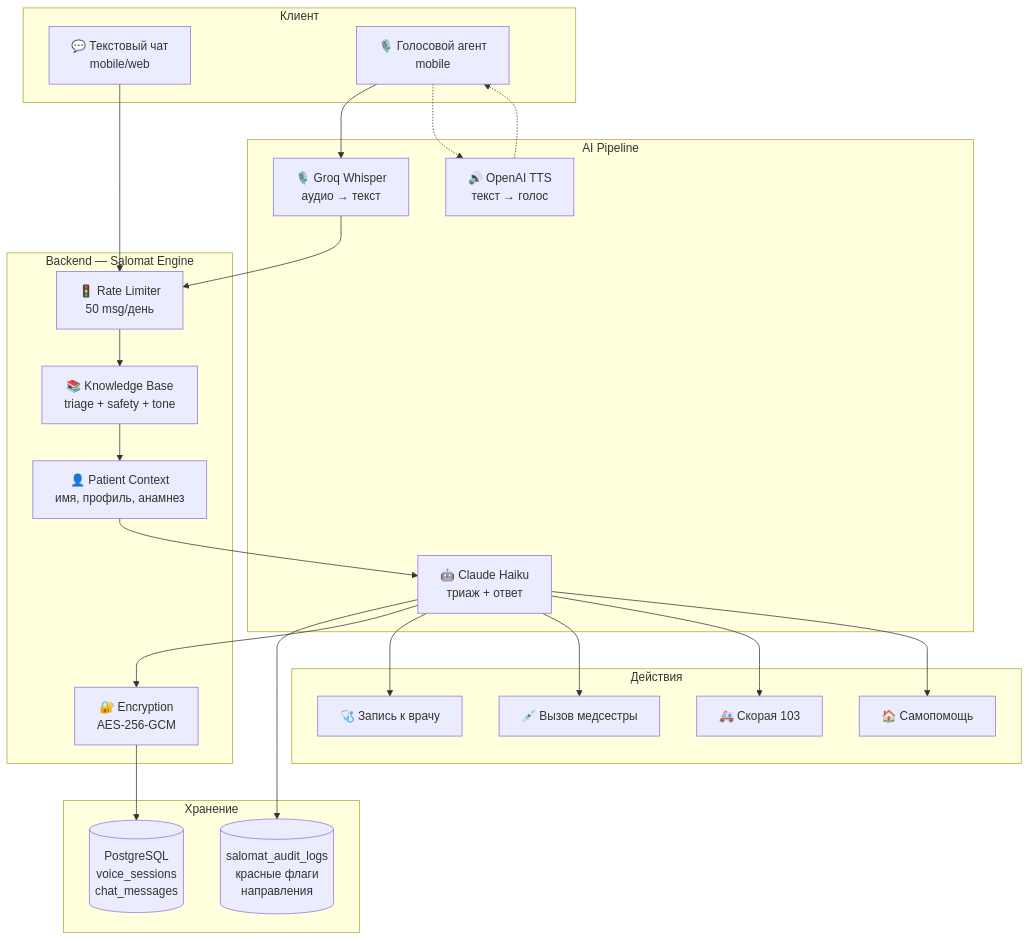
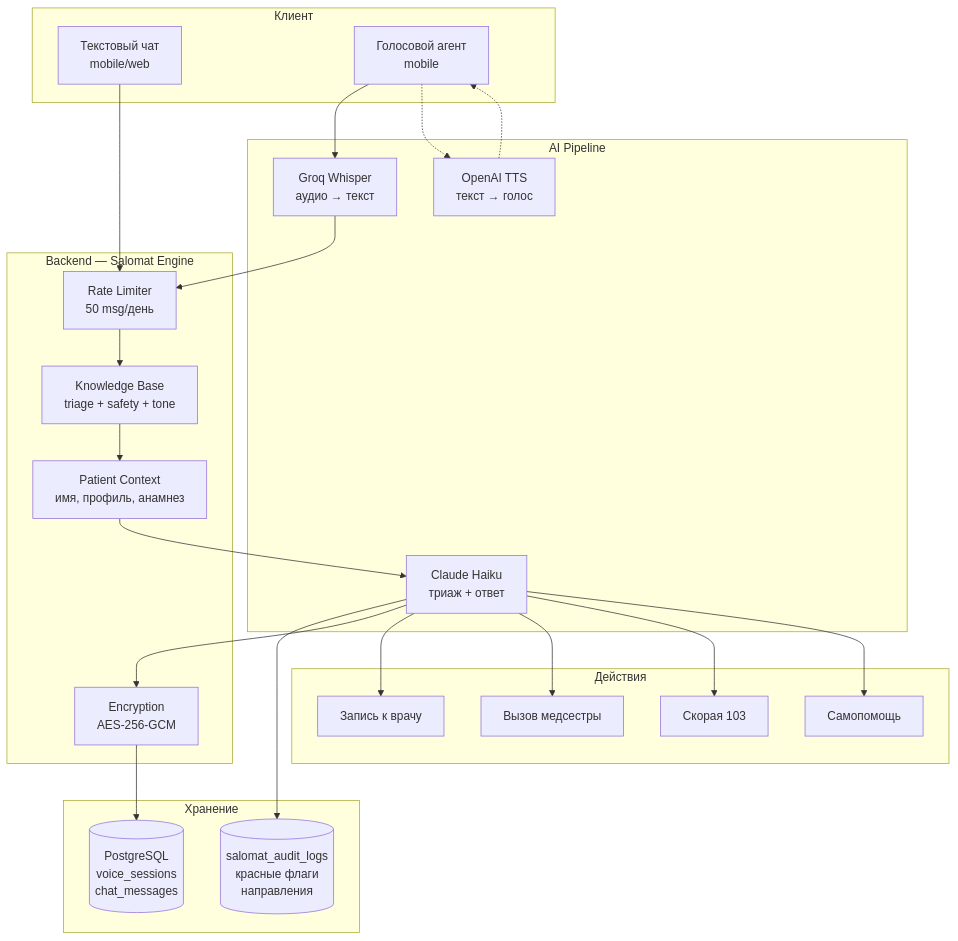
The first of 10 diagrams in docs/SALOMAT_FLOW.md (abubakirilhomov/hamshiraGo), drawn with Mermaid before and after one commit. The commit also changed other lines of this file and 1 other file, not shown here.

First line of the commit message:
fix(docs): remove emoji + fix quotes in Mermaid diagrams

````diff
--- a/docs/SALOMAT_FLOW.md
+++ b/docs/SALOMAT_FLOW.md
@@ -9,50 +9,50 @@
 ```mermaid
 graph TB
     subgraph Клиент
-        CHAT[💬 Текстовый чат<br/>mobile/web]
-        VOICE[🎙️ Голосовой агент<br/>mobile]
+        CHAT[Текстовый чат<br/>mobile/web]
+        VOICE[Голосовой агент<br/>mobile]
     end
 
     subgraph "Backend — Salomat Engine"
-        RATE[🚦 Rate Limiter<br/>50 msg/день]
-        KB[📚 Knowledge Base<br/>triage + safety + tone]
-        CTX[👤 Patient Context<br/>имя, профиль, анамнез]
-        ENC[🔐 Encryption<br/>AES-256-GCM]
+        RATE[Rate Limiter<br/>50 msg/день]
+        KB[Knowledge Base<br/>triage + safety + tone]
+        CTX[Patient Context<br/>имя, профиль, анамнез]
+        ENC[Encryption<br/>AES-256-GCM]
     end
 
     subgraph "AI Pipeline"
-        STT[🎙️ Groq Whisper<br/>аудио → текст]
-        LLM[🤖 Claude Haiku<br/>триаж + ответ]
-        TTS[🔊 OpenAI TTS<br/>текст → голос]
+        STT[Groq Whisper<br/>аудио → текст]
+        LLM[Claude Haiku<br/>триаж + ответ]
+        TTS[OpenAI TTS<br/>текст → голос]
     end
 
     subgraph Хранение
         DB[(PostgreSQL<br/>voice_sessions<br/>chat_messages)]
         AUDIT[(salomat_audit_logs<br/>красные флаги<br/>направления)]
     end
 
     subgraph Действия
-        DOC_ACT[🩺 Запись к врачу]
-        NURSE_ACT[💉 Вызов медсестры]
-        EMRG[🚑 Скорая 103]
-        SELF[🏠 Самопомощь]
+        DOC_ACT[Запись к врачу]
+        NURSE_ACT[Вызов медсестры]
+        EMRG[Скорая 103]
+        SELF[Самопомощь]
     end
 
     CHAT --> RATE
     VOICE --> STT
     STT --> RATE
     RATE --> KB
     KB --> CTX
     CTX --> LLM
     LLM --> AUDIT
     LLM --> ENC
     ENC --> DB
 
     LLM --> DOC_ACT
     LLM --> NURSE_ACT
     LLM --> EMRG
     LLM --> SELF
 
     VOICE -.-> TTS
     TTS -.-> VOICE
 ```
````
